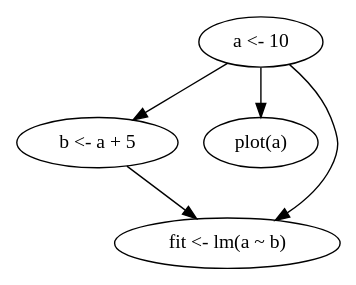
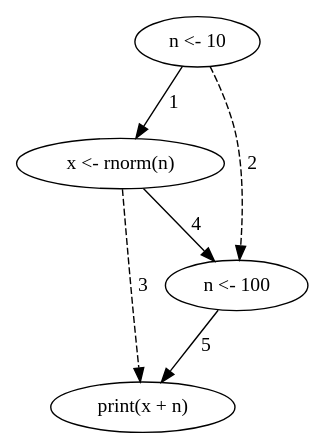
One commit to clarkfitzg/phd_research changed the diagram in experiments/ast/codegraph.dot. Above: the diagram before and after it, drawn with Graphviz. The commit also changed 5 other files, not shown here.

```diff
--- a/experiments/ast/codegraph.dot
+++ b/experiments/ast/codegraph.dot
@@ -1,13 +1,14 @@
 digraph G {
 
-l1[label = "a <- 10"];
-l2[label = "b <- a + 5"];
-l3[label = "plot(a)"];
-l4[label = "fit <- lm(a ~ b)"];
+l1[label = "n <- 10"];
+l2[label = "x <- rnorm(n)"];
+l3[label = "n <- 100"];
+l4[label = "print(x + n)"];
 
-l1 -> l2
-l1 -> l3
-l1 -> l4
-l2 -> l4
+l1 -> l2 [label = " 1"];
+l1 -> l3 [style = "dashed", label = " 2"];
+l2 -> l4 [style = "dashed", label = " 3"];
+l2 -> l3 [label = " 4"];
+l3 -> l4 [label = " 5"];
 
 }
```
